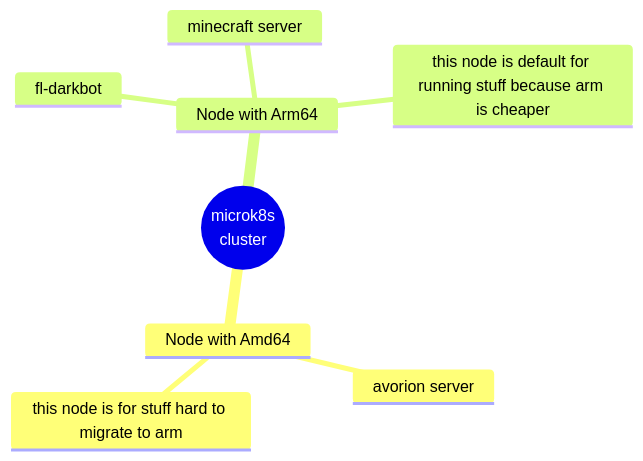
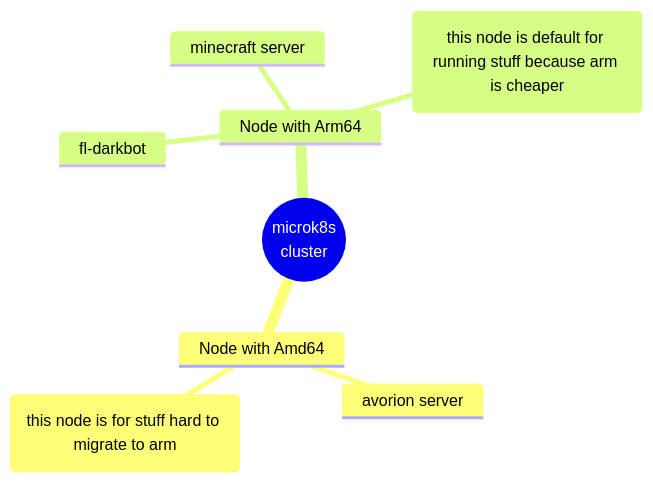
Before and after one commit to darklab8/infra: the diagram in README.md, drawn with Mermaid.

Commit message:
refactor: style to mindmap

````diff
--- a/README.md
+++ b/README.md
@@ -10,12 +10,12 @@
 ```mermaid
 mindmap
   cluster((microk8s
   cluster))
     Node with Amd64
       avorion server
-      this node is for stuff hard to migrate to arm
+      desc(this node is for stuff hard to migrate to arm)
     Node with Arm64
       fl-darkbot
       minecraft server
-      this node is default for running stuff because arm is cheaper
+      desc(this node is default for running stuff because arm is cheaper)
 ```
````
